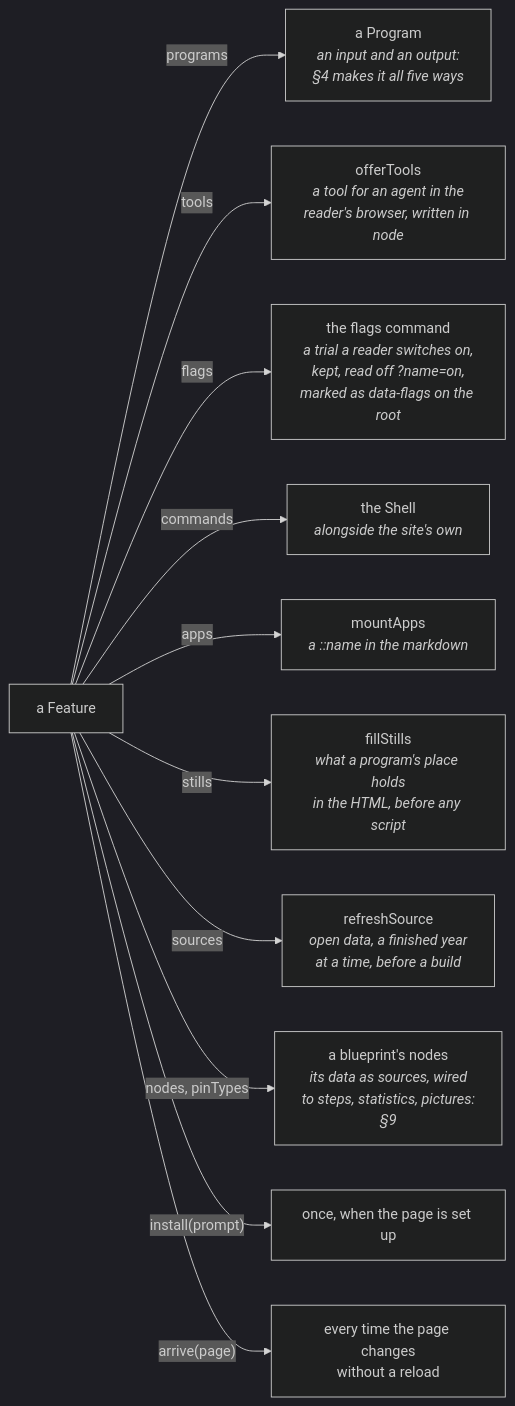
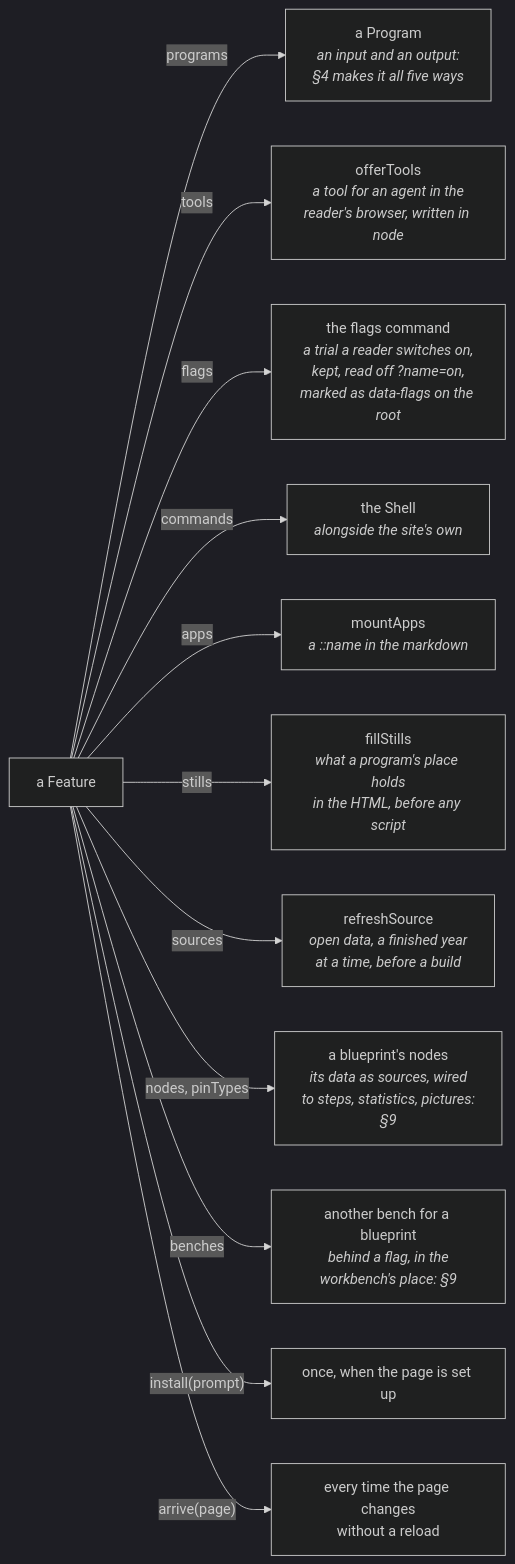
The third of 9 diagrams in ARCHITECTURE.md (drpicox/david-rodenas.com), drawn with Mermaid (dark theme) before and after one commit. The commit also changed other lines of this file and 19 other files, not shown here.

````diff
--- a/ARCHITECTURE.md
+++ b/ARCHITECTURE.md
@@ -94,15 +95,16 @@
 ```mermaid
 graph LR
   feature["a Feature"]
 
   feature -- "programs" --> programs["a Program<br/><i>an input and an output:<br/>§4 makes it all five ways</i>"]
   feature -- "tools" --> tools["offerTools<br/><i>a tool for an agent in the<br/>reader's browser, written in node</i>"]
   feature -- "flags" --> flags["the flags command<br/><i>a trial a reader switches on,<br/>kept, read off ?name=on,<br/>marked as data-flags on the root</i>"]
   feature -- "commands" --> shell["the Shell<br/><i>alongside the site's own</i>"]
   feature -- "apps" --> apps["mountApps<br/><i>a ::name in the markdown</i>"]
   feature -- "stills" --> stills["fillStills<br/><i>what a program's place holds<br/>in the HTML, before any script</i>"]
   feature -- "sources" --> sources["refreshSource<br/><i>open data, a finished year<br/>at a time, before a build</i>"]
   feature -- "nodes, pinTypes" --> nodes["a blueprint's nodes<br/><i>its data as sources, wired<br/>to steps, statistics, pictures:<br/>§9</i>"]
+  feature -- "benches" --> benches["another bench for a blueprint<br/><i>behind a flag, in the<br/>workbench's place: §9</i>"]
   feature -- "install(prompt)" --> once["once, when the page is set up"]
   feature -- "arrive(page)" --> moved["every time the page changes<br/>without a reload"]
 ```
````
